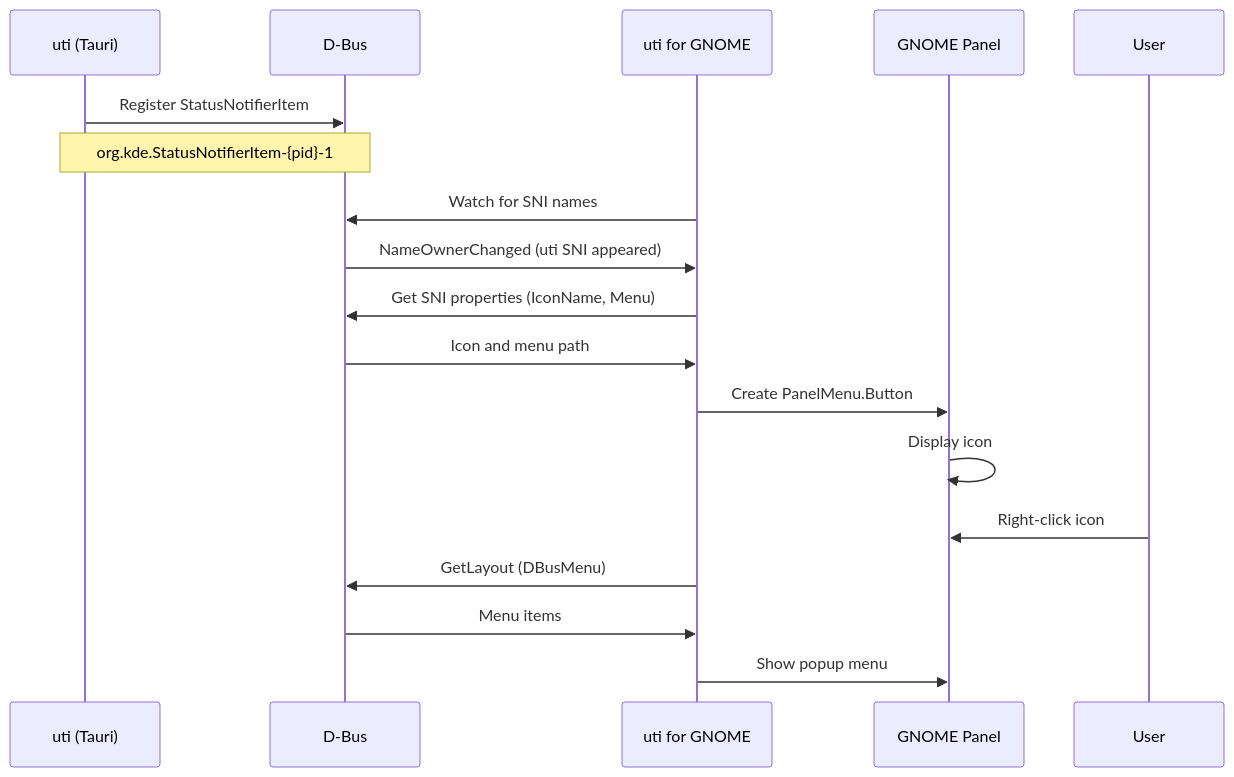
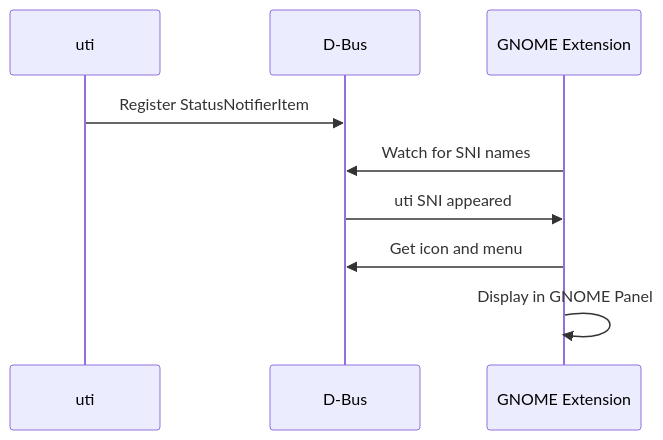
One commit to noppomario/uti changed the third of 3 diagrams in docs/ARCHITECTURE.md. Above: the diagram before and after it, drawn with Mermaid. The commit also changed other lines of this file and 6 other files, not shown here.

First line of the commit message:
docs: improve README structure and auto-enable GNOME extension

````diff
--- a/docs/ARCHITECTURE.md
+++ b/docs/ARCHITECTURE.md
@@ -147,24 +108,12 @@
 ```mermaid
 sequenceDiagram
-    participant App as uti (Tauri)
+    participant App as uti
     participant DBus as D-Bus
-    participant Ext as uti for GNOME
-    participant Panel as GNOME Panel
+    participant Ext as GNOME Extension
 
     App->>DBus: Register StatusNotifierItem
-    Note over App,DBus: org.kde.StatusNotifierItem-{pid}-1
-
     Ext->>DBus: Watch for SNI names
-    DBus->>Ext: NameOwnerChanged (uti SNI appeared)
-
-    Ext->>DBus: Get SNI properties (IconName, Menu)
-    DBus->>Ext: Icon and menu path
-
-    Ext->>Panel: Create PanelMenu.Button
-    Panel->>Panel: Display icon
-
-    User->>Panel: Right-click icon
-    Ext->>DBus: GetLayout (DBusMenu)
-    DBus->>Ext: Menu items
-    Ext->>Panel: Show popup menu
+    DBus->>Ext: uti SNI appeared
+    Ext->>DBus: Get icon and menu
+    Ext->>Ext: Display in GNOME Panel
 ```
````
